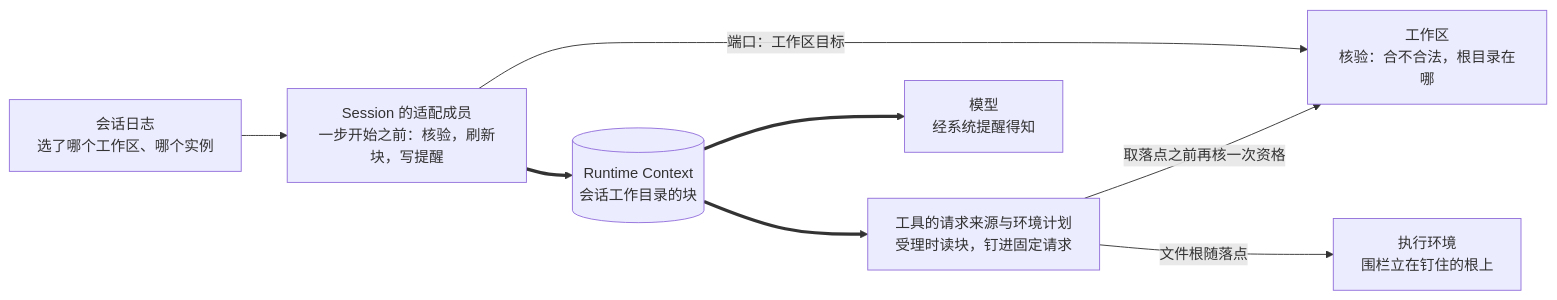
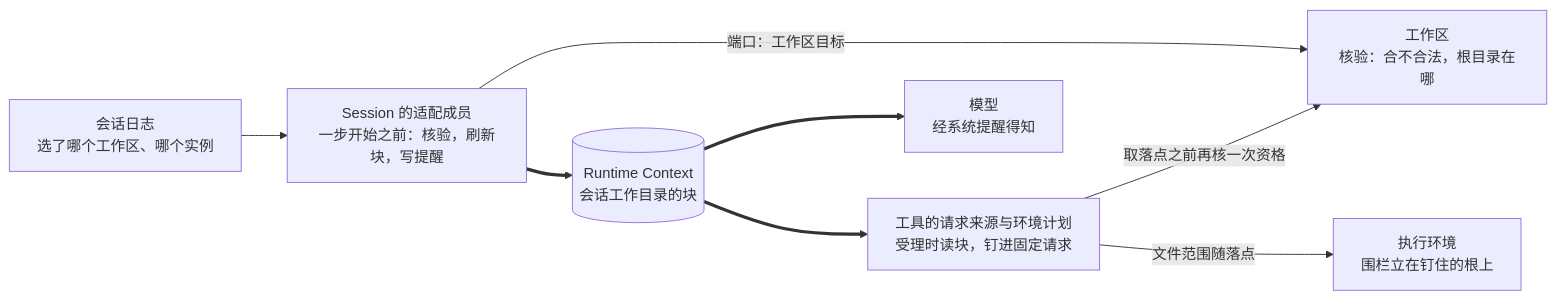
The diagram in docs/domains/workspaces/architecture.md (nemori-ai/omne-harness-lite), drawn with Mermaid before and after one commit. The commit also changed other lines of this file and 23 other files, not shown here.

````diff
--- a/docs/domains/workspaces/architecture.md
+++ b/docs/domains/workspaces/architecture.md
@@ -50,17 +50,17 @@
 ```mermaid
 flowchart LR
   log["会话日志<br/>选了哪个工作区、哪个实例"]
   ws["工作区<br/>核验：合不合法，根目录在哪"]
   holder["Session 的适配成员<br/>一步开始之前：核验，刷新块，写提醒"]
   rc[("Runtime Context<br/>会话工作目录的块")]
   src["工具的请求来源与环境计划<br/>受理时读块，钉进固定请求"]
   env["执行环境<br/>围栏立在钉住的根上"]
   model["模型<br/>经系统提醒得知"]
   log --> holder
   holder -->|"端口：工作区目标"| ws
   holder ==> rc
   rc ==> src
   rc ==> model
   src -->|"取落点之前再核一次资格"| ws
-  src -->|"文件根随落点"| env
+  src -->|"文件范围随落点"| env
 ```
````
